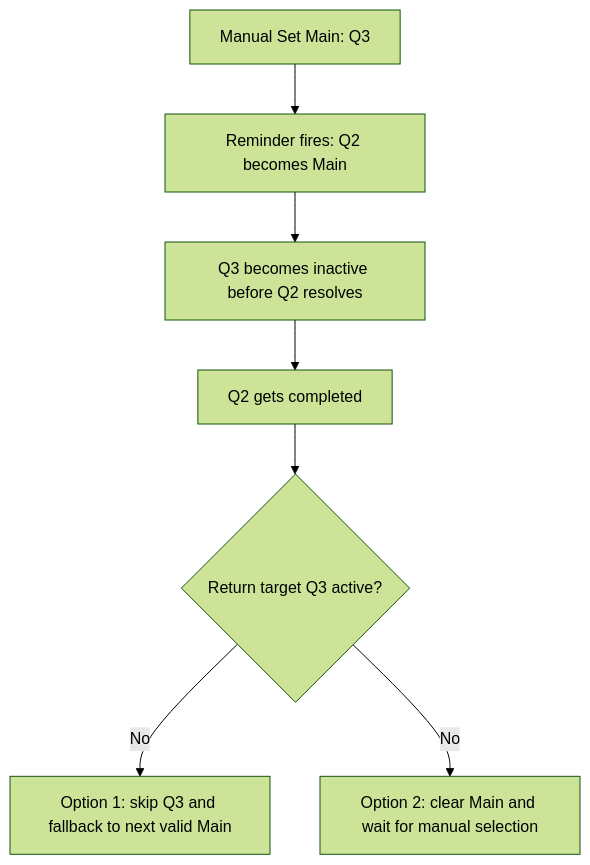
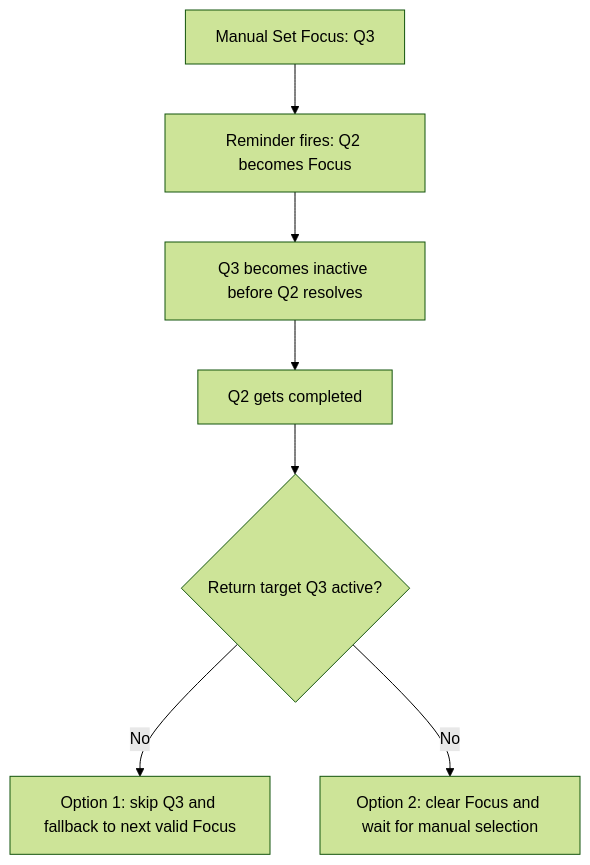
One commit to VRuzhentsov/fini changed the diagram in README.md. Above: the diagram before and after it, drawn with Mermaid (forest theme). The commit also changed other lines of this file and 25 other files, not shown here.

````diff
--- a/README.md
+++ b/README.md
@@ -11,9 +11,9 @@
 ```mermaid
 flowchart TD
-  A[Manual Set Main: Q3] --> B[Reminder fires: Q2 becomes Main]
+  A[Manual Set Focus: Q3] --> B[Reminder fires: Q2 becomes Focus]
   B --> C[Q3 becomes inactive before Q2 resolves]
   C --> D[Q2 gets completed]
   D --> E{Return target Q3 active?}
-  E -- No --> F[Option 1: skip Q3 and fallback to next valid Main]
-  E -- No --> G[Option 2: clear Main and wait for manual selection]
+  E -- No --> F[Option 1: skip Q3 and fallback to next valid Focus]
+  E -- No --> G[Option 2: clear Focus and wait for manual selection]
 ```
````
